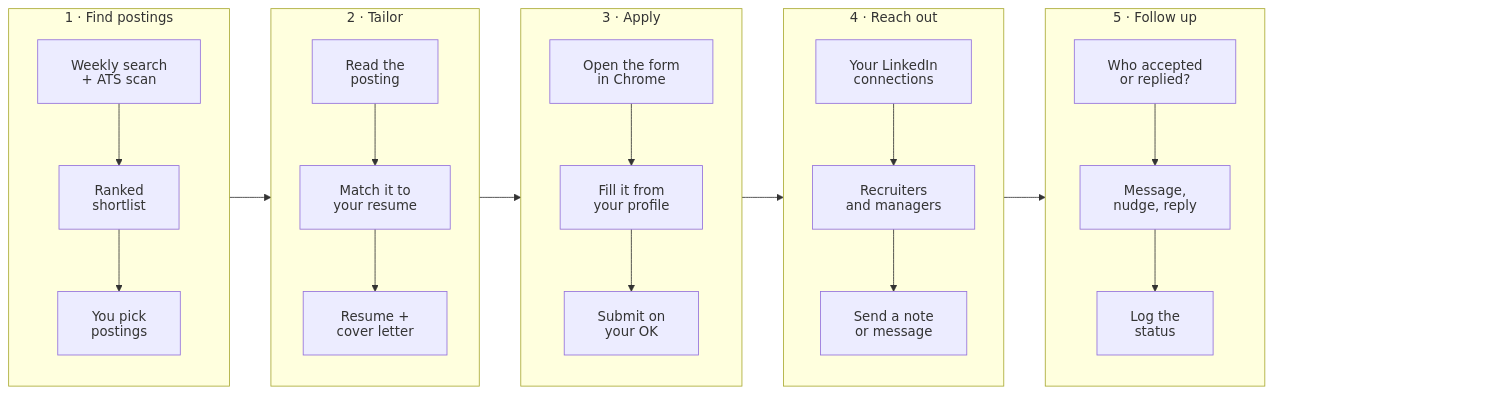
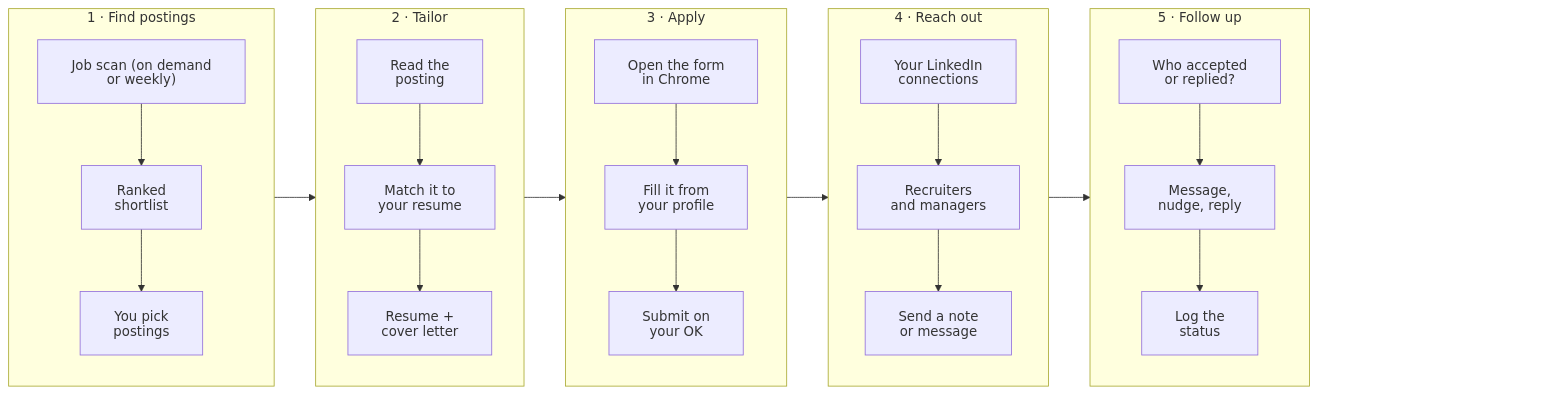
The first of 3 diagrams in README.md (alymo8/jobapps), drawn with Mermaid before and after one commit. The commit also changed other lines of this file and 26 other files, not shown here.

First line of the commit message:
Simplified onboarding; job search as its own skills: design (#31)

````diff
--- a/README.md
+++ b/README.md
@@ -11,27 +11,27 @@
 ```mermaid
 %%{init: {"htmlLabels": false, "flowchart": {"htmlLabels": false, "padding": 20}}}%%
 flowchart LR
     subgraph S1["1 · Find postings"]
         direction TB
-        S10["Weekly search<br/>+ ATS scan"] --> S11["Ranked<br/>shortlist"] --> S12["You pick<br/>postings"]
+        S10["Job scan (on demand<br/>or weekly)"] --> S11["Ranked<br/>shortlist"] --> S12["You pick<br/>postings"]
     end
     subgraph S2["2 · Tailor"]
         direction TB
         S20["Read the<br/>posting"] --> S21["Match it to<br/>your resume"] --> S22["Resume +<br/>cover letter"]
     end
     subgraph S3["3 · Apply"]
         direction TB
         S30["Open the form<br/>in Chrome"] --> S31["Fill it from<br/>your profile"] --> S32["Submit on<br/>your OK"]
     end
     subgraph S4["4 · Reach out"]
         direction TB
         S40["Your LinkedIn<br/>connections"] --> S41["Recruiters<br/>and managers"] --> S42["Send a note<br/>or message"]
     end
     subgraph S5["5 · Follow up"]
         direction TB
         S50["Who accepted<br/>or replied?"] --> S51["Message,<br/>nudge, reply"] --> S52["Log the<br/>status"]
     end
     S1 --> S2 --> S3 --> S4 --> S5
     S5 ~~~ PAD["room for the zoom buttons"]
     style PAD fill:none,stroke:none,color:transparent
 ```
````
